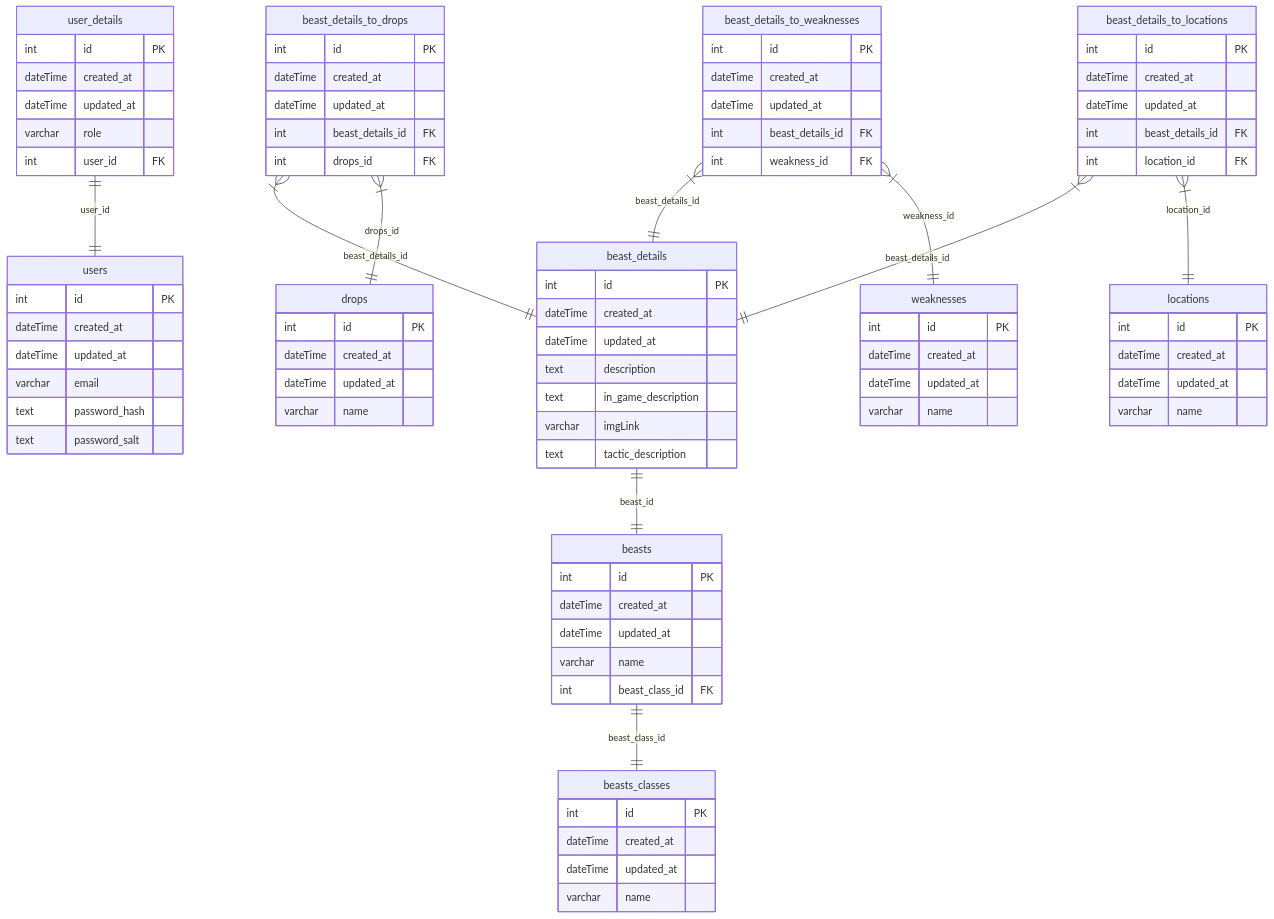
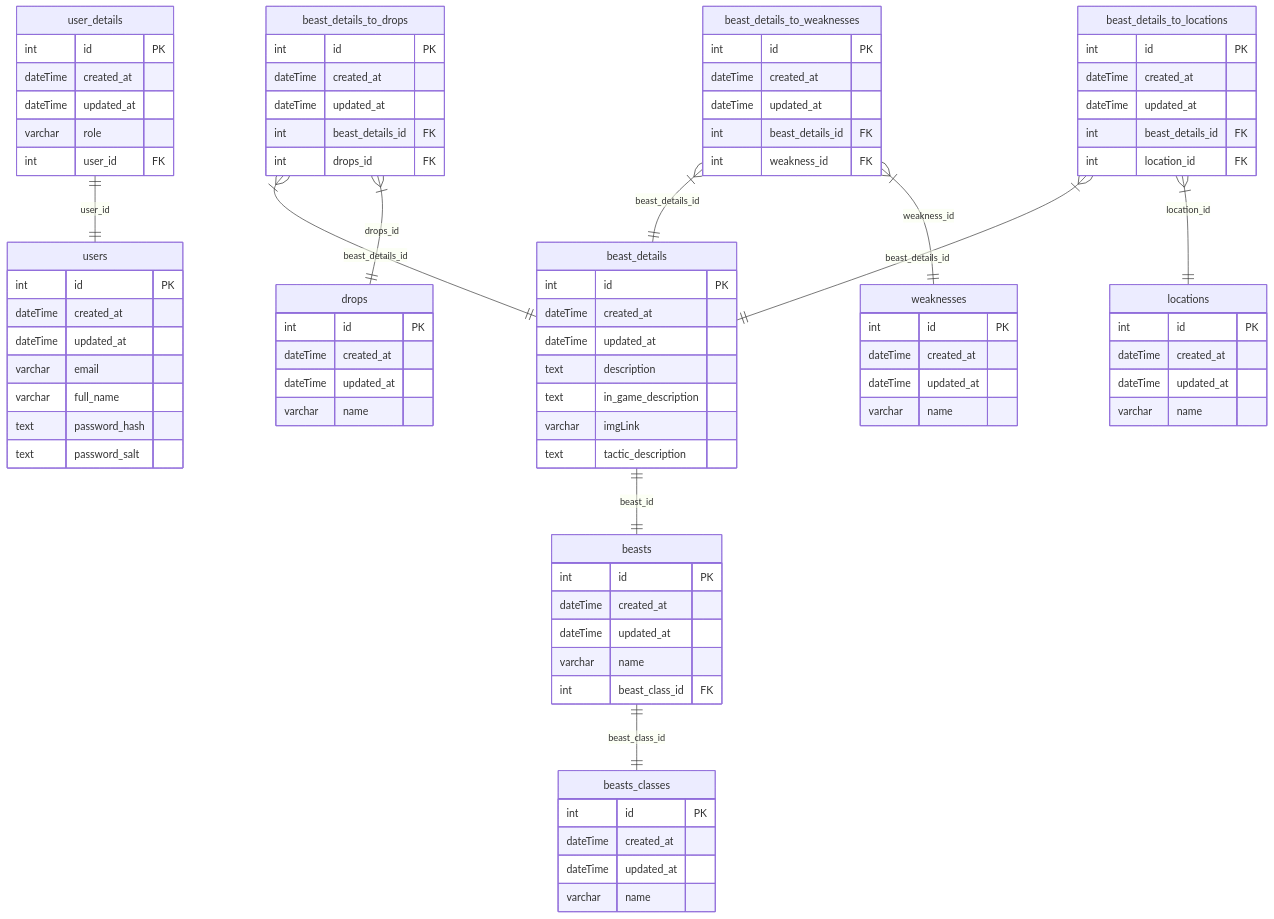
One commit to WilhelmWesser/beastiarium changed the diagram in readme.md. Above: the diagram before and after it, drawn with Mermaid.

Commit message:
BSTRM: readme db schema updated

```diff
--- a/readme.md
+++ b/readme.md
@@ -9,6 +9,7 @@
         dateTime created_at
         dateTime updated_at
         varchar email
+        varchar full_name
         text password_hash
         text password_salt
     }
```
